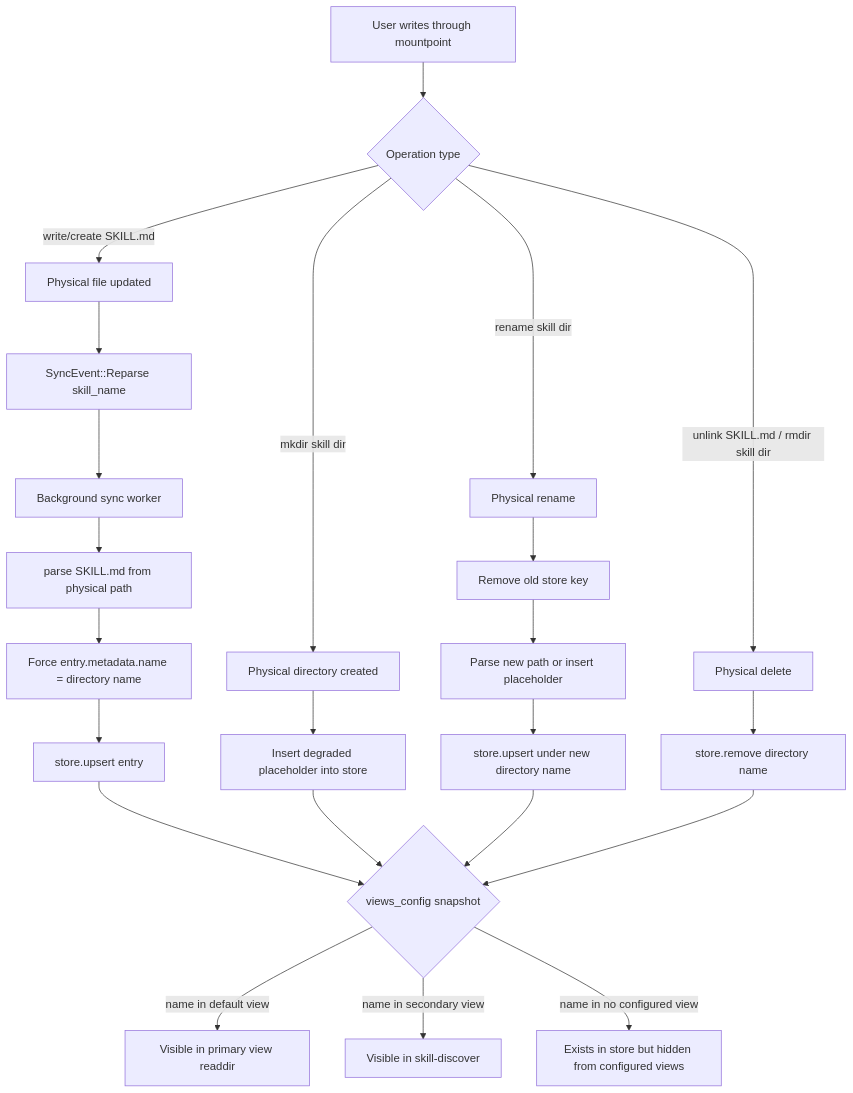
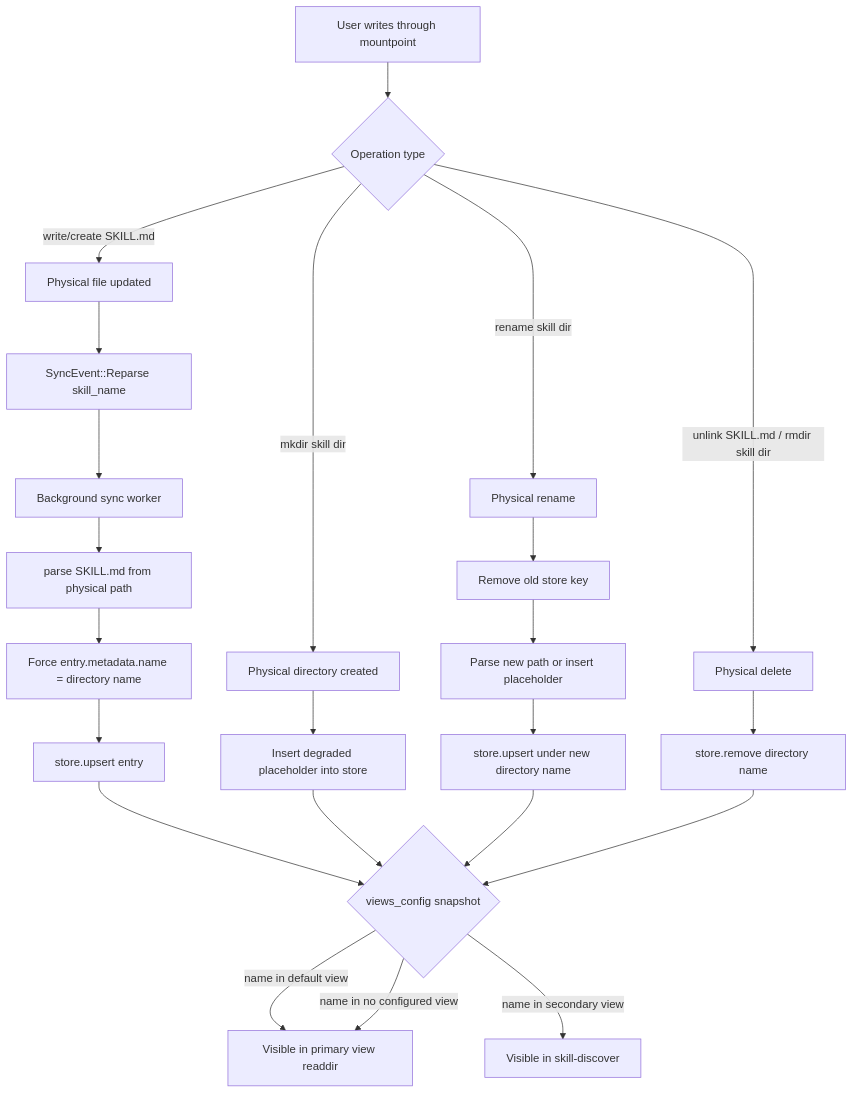
The diagram in src/skillfs/docs/specs/skillfs-spec.md (agentic-os-org/ANOLISA), drawn with Mermaid before and after one commit. The commit also changed other lines of this file and 8 other files, not shown here.

````diff
--- a/src/skillfs/docs/specs/skillfs-spec.md
+++ b/src/skillfs/docs/specs/skillfs-spec.md
@@ -89,31 +89,31 @@
 ```mermaid
 flowchart TD
   A[User writes through mountpoint] --> B{Operation type}
 
   B -->|write/create SKILL.md| C[Physical file updated]
   C --> D[SyncEvent::Reparse skill_name]
   D --> E[Background sync worker]
   E --> F[parse SKILL.md from physical path]
   F --> G[Force entry.metadata.name = directory name]
   G --> H[store.upsert entry]
 
   B -->|mkdir skill dir| I[Physical directory created]
   I --> J[Insert degraded placeholder into store]
 
   B -->|rename skill dir| K[Physical rename]
   K --> L[Remove old store key]
   L --> M[Parse new path or insert placeholder]
   M --> N[store.upsert under new directory name]
 
   B -->|unlink SKILL.md / rmdir skill dir| O[Physical delete]
   O --> P[store.remove directory name]
 
   H --> Q{views_config snapshot}
   J --> Q
   N --> Q
   P --> Q
 
   Q -->|name in default view| R[Visible in primary view readdir]
   Q -->|name in secondary view| S[Visible in skill-discover]
-  Q -->|name in no configured view| T[Exists in store but hidden from configured views]
+  Q -->|name in no configured view| R
 ```
````
